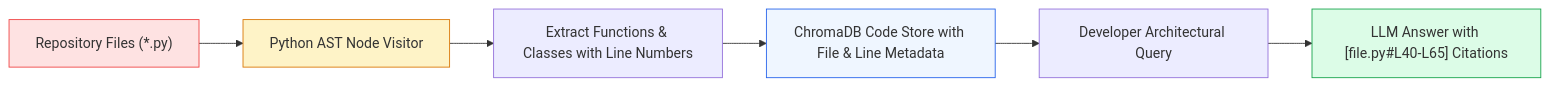
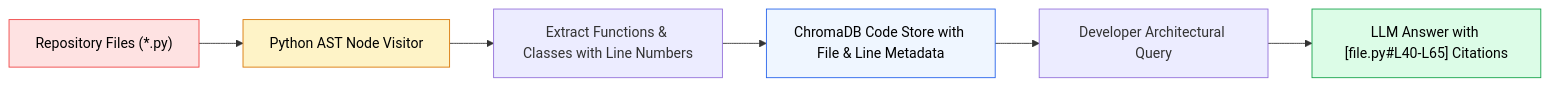
One commit to swapnil3104/RAG-Engineering changed the third of 3 diagrams in 10-Hands-On-Projects/07-Codebase-RAG/README.md. Above: the diagram before and after it, drawn with Mermaid. The commit also changed other lines of this file and 108 other files, not shown here.

Commit message:
fix: make chart text visible across all Mermaid diagrams and resolve markdown table formatting issues

````diff
--- a/10-Hands-On-Projects/07-Codebase-RAG/README.md
+++ b/10-Hands-On-Projects/07-Codebase-RAG/README.md
@@ -502,13 +502,13 @@
 ```mermaid
 flowchart LR
     SourceCode["Repository Files (*.py)"] --> ASTParser["Python AST Node Visitor"]
     ASTParser --> GrammaticalUnits["Extract Functions & Classes with Line Numbers"]
     GrammaticalUnits --> VectorStore["ChromaDB Code Store with File & Line Metadata"]
     VectorStore --> Search["Developer Architectural Query"]
     Search --> GroundedAnswer["LLM Answer with [file.py#L40-L65] Citations"]
 
-    style SourceCode fill:#fee2e2,stroke:#ef4444
-    style ASTParser fill:#fef3c7,stroke:#d97706
-    style VectorStore fill:#eff6ff,stroke:#2563eb
-    style GroundedAnswer fill:#dcfce7,stroke:#16a34a
+    style SourceCode fill:#fee2e2,stroke:#ef4444,color:#000000
+    style ASTParser fill:#fef3c7,stroke:#d97706,color:#000000
+    style VectorStore fill:#eff6ff,stroke:#2563eb,color:#000000
+    style GroundedAnswer fill:#dcfce7,stroke:#16a34a,color:#000000
 ```
````
